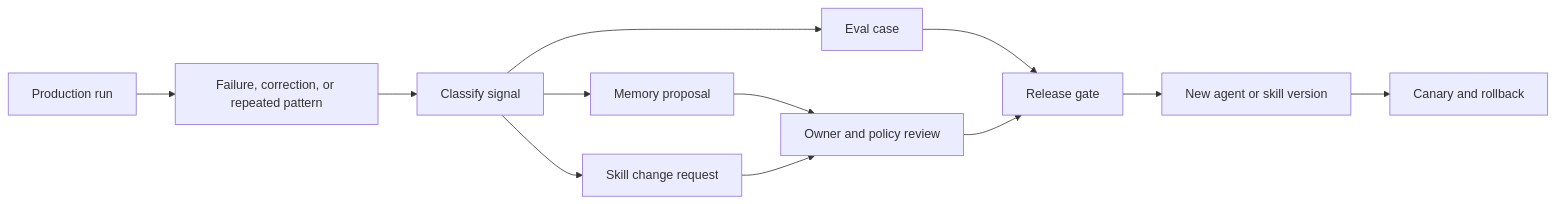
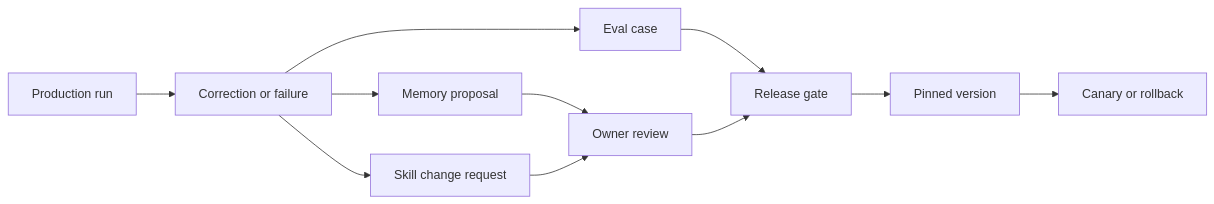
Before and after one commit to capableguptadotcom/agents-wiki: the third of 3 diagrams in wiki/deep-agent-application-architecture.qmd, drawn with Mermaid. The commit also changed other lines of this file, not shown here.

Commit message:
Tighten deep agent architecture context

````diff
--- a/wiki/deep-agent-application-architecture.qmd
+++ b/wiki/deep-agent-application-architecture.qmd
@@ -325,14 +186,13 @@
 ```{mermaid}
 flowchart LR
-  Run["Production run"] --> Signal["Failure, correction, or repeated pattern"]
-  Signal --> Classify["Classify signal"]
-  Classify --> Eval["Eval case"]
-  Classify --> Memory["Memory proposal"]
-  Classify --> Skill["Skill change request"]
-  Memory --> Review["Owner and policy review"]
+  Run["Production run"] --> Signal["Correction or failure"]
+  Signal --> Eval["Eval case"]
+  Signal --> Memory["Memory proposal"]
+  Signal --> Skill["Skill change request"]
+  Memory --> Review["Owner review"]
   Skill --> Review
-  Eval --> Release["Release gate"]
-  Review --> Release
-  Release --> Version["New agent or skill version"]
-  Version --> Canary["Canary and rollback"]
+  Eval --> Gate["Release gate"]
+  Review --> Gate
+  Gate --> Version["Pinned version"]
+  Version --> Canary["Canary or rollback"]
 ```
````
